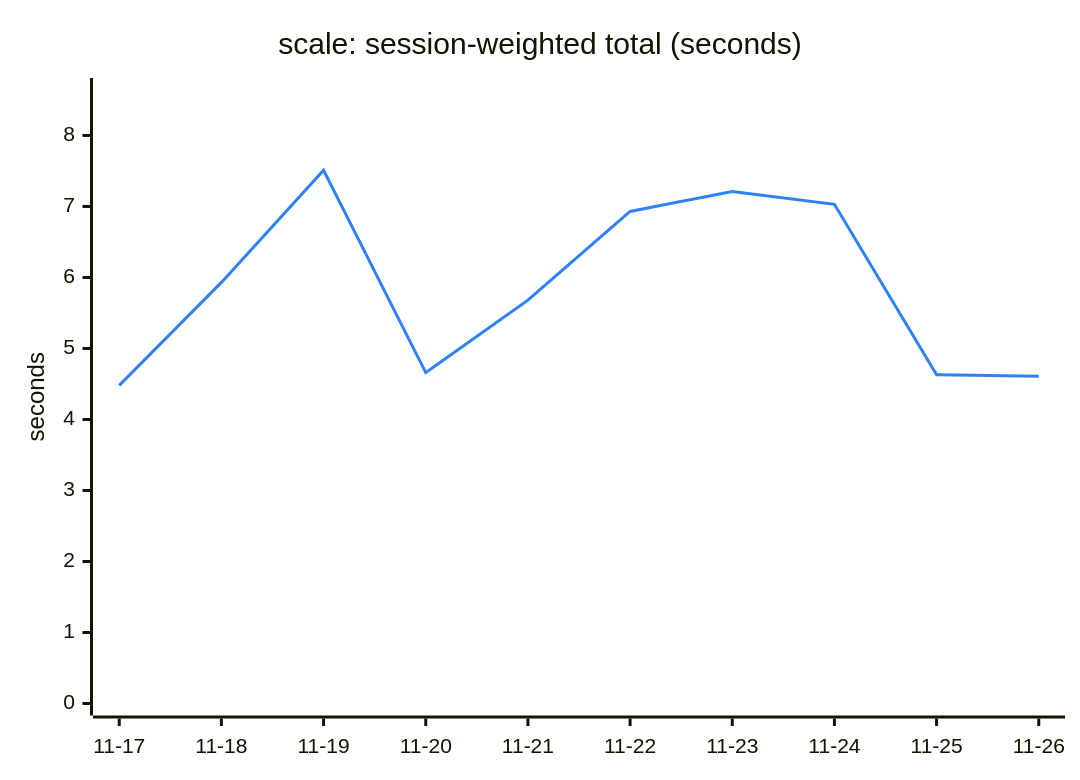
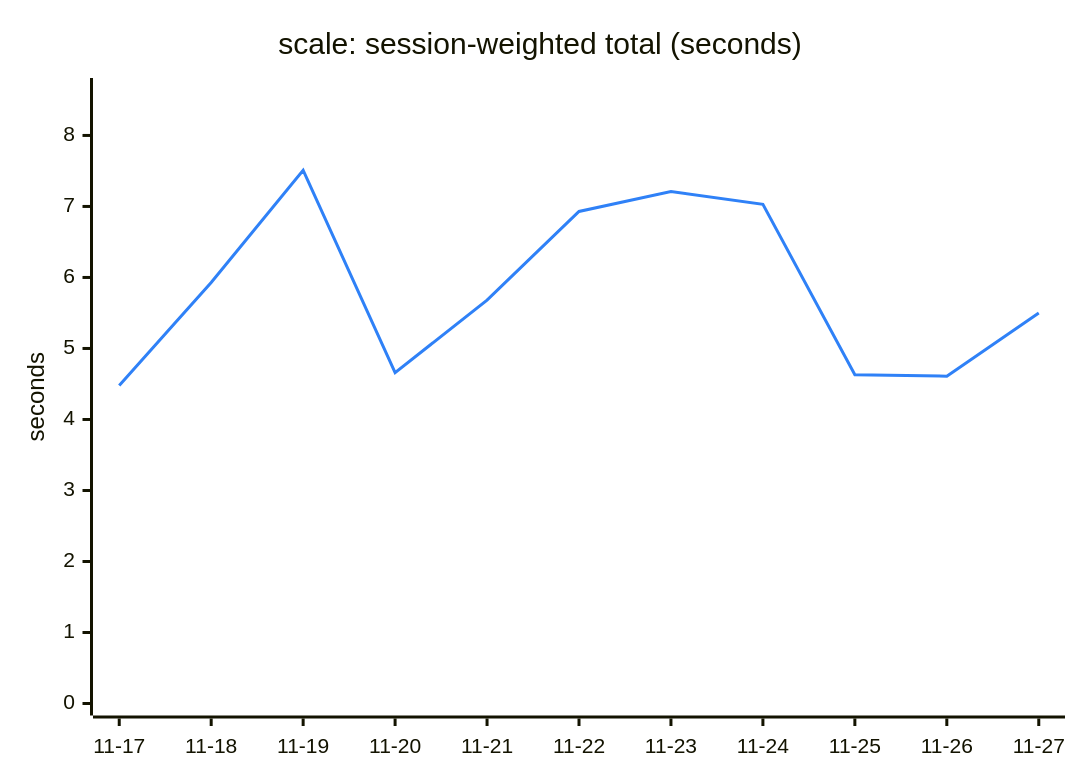
The third of 6 diagrams in TREND.md (Ricovl/mxcli), drawn with Mermaid before and after one commit. The commit also changed other lines of this file and 2 other files, not shown here.

````diff
--- a/TREND.md
+++ b/TREND.md
@@ -83,13 +83,13 @@
 ```mermaid
 ---
 config:
   themeVariables:
     xyChart:
       plotColorPalette: "#2f81f7"
 ---
 xychart-beta
     title "scale: session-weighted total (seconds)"
-    x-axis ["11-17", "11-18", "11-19", "11-20", "11-21", "11-22", "11-23", "11-24", "11-25", "11-26"]
+    x-axis ["11-17", "11-18", "11-19", "11-20", "11-21", "11-22", "11-23", "11-24", "11-25", "11-26", "11-27"]
     y-axis "seconds" 0 --> 8.64
-    line [4.48, 5.93, 7.51, 4.66, 5.68, 6.93, 7.21, 7.03, 4.63, 4.61]
+    line [4.48, 5.93, 7.51, 4.66, 5.68, 6.93, 7.21, 7.03, 4.63, 4.61, 5.50]
 ```
````
